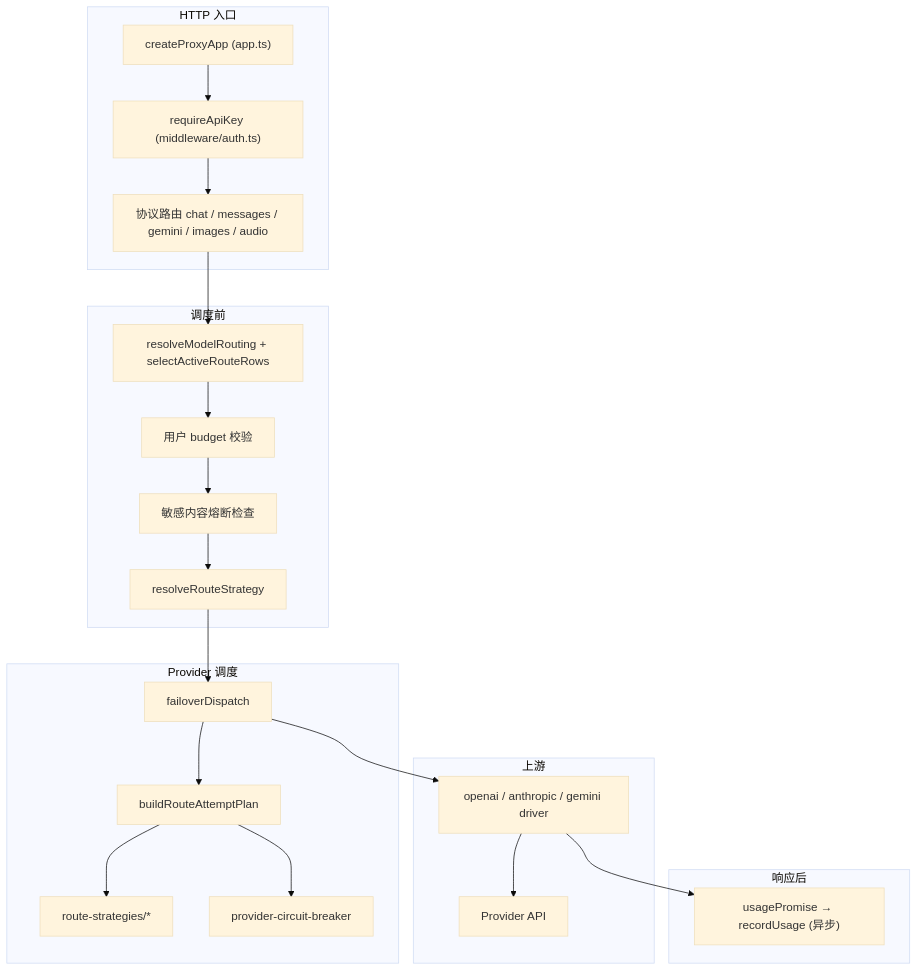
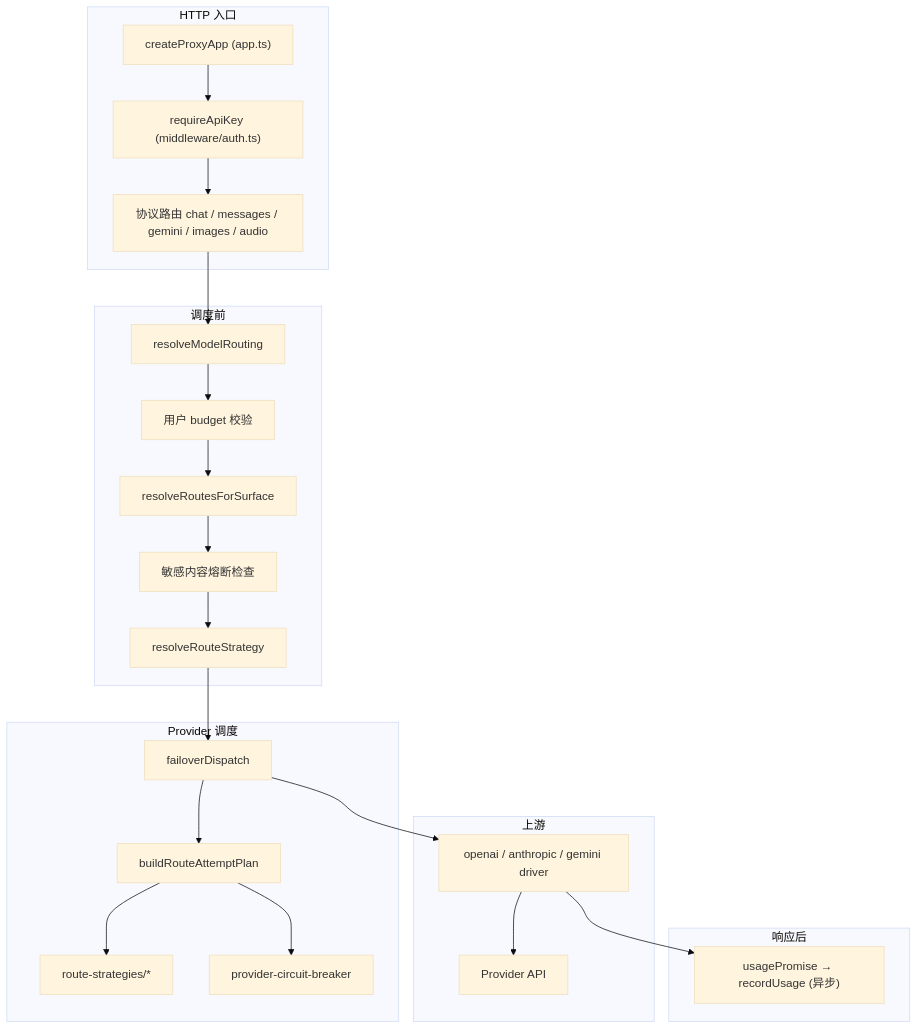
One commit to 827802685/cloud-api changed the first of 2 diagrams in docs/developers/architecture/proxy-request-lifecycle.md. Above: the diagram before and after it, drawn with Mermaid (base theme). The commit also changed other lines of this file and 35 other files, not shown here.

````diff
--- a/docs/developers/architecture/proxy-request-lifecycle.md
+++ b/docs/developers/architecture/proxy-request-lifecycle.md
@@ -24,38 +25,39 @@
 ```mermaid
 flowchart TB
   subgraph entry [HTTP 入口]
     app["createProxyApp (app.ts)"]
     auth["requireApiKey (middleware/auth.ts)"]
     route["协议路由 chat / messages / gemini / images / audio"]
   end
 
   subgraph preDispatch [调度前]
-    model["resolveModelRouting + selectActiveRouteRows"]
+    model["resolveModelRouting"]
+    surface["resolveRoutesForSurface"]
     budget["用户 budget 校验"]
     sensitive["敏感内容熔断检查"]
     strategy["resolveRouteStrategy"]
   end
 
   subgraph dispatch [Provider 调度]
     failover["failoverDispatch"]
     planner["buildRouteAttemptPlan"]
     strategies["route-strategies/*"]
     breaker["provider-circuit-breaker"]
   end
 
   subgraph upstream [上游]
     driver["openai / anthropic / gemini driver"]
     provider["Provider API"]
   end
 
   subgraph post [响应后]
     usage["usagePromise → recordUsage (异步)"]
   end
 
-  app --> auth --> route --> model --> budget --> sensitive --> strategy --> failover
+  app --> auth --> route --> model --> budget --> surface --> sensitive --> strategy --> failover
   failover --> planner
   planner --> strategies
   planner --> breaker
   failover --> driver --> provider
   driver --> usage
 ```
````
